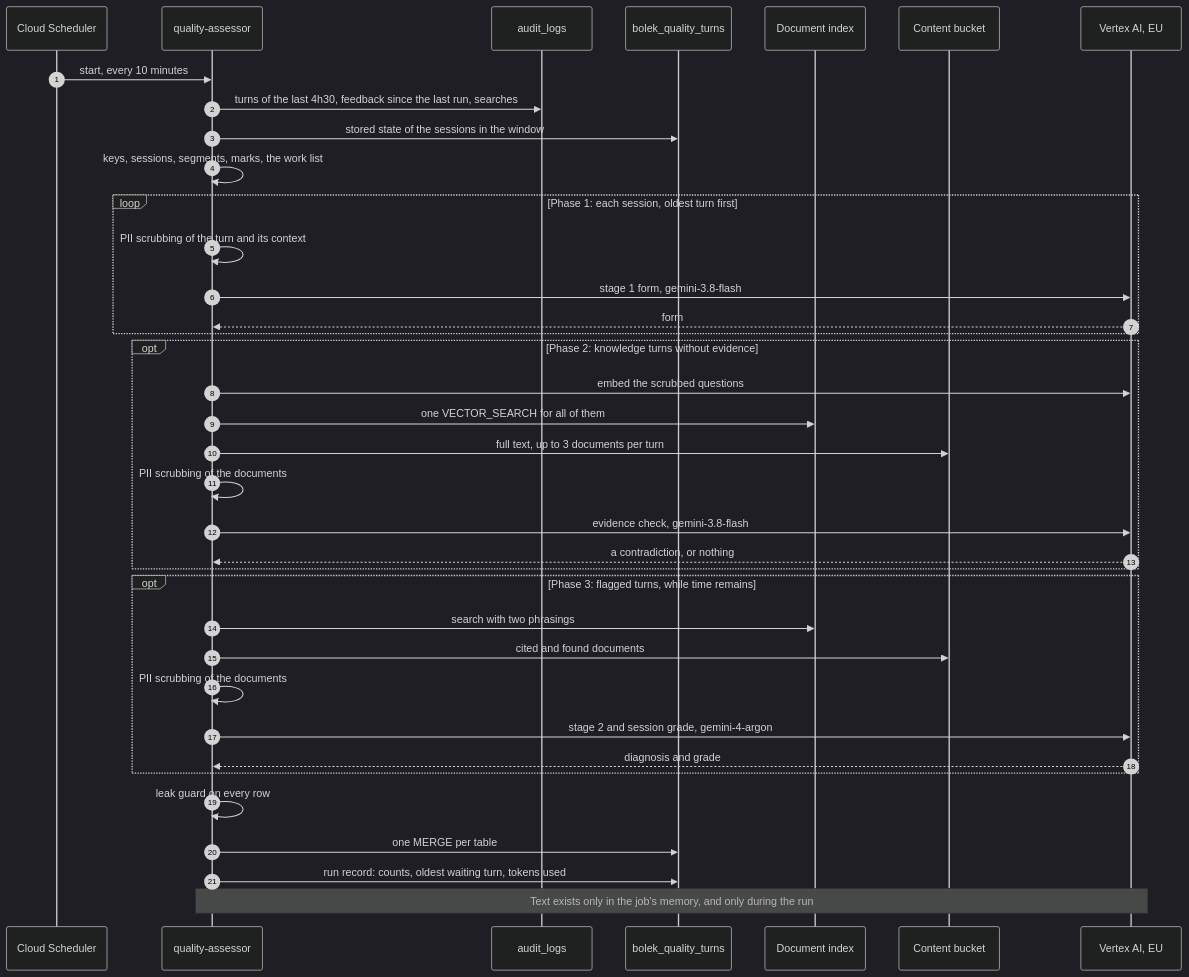
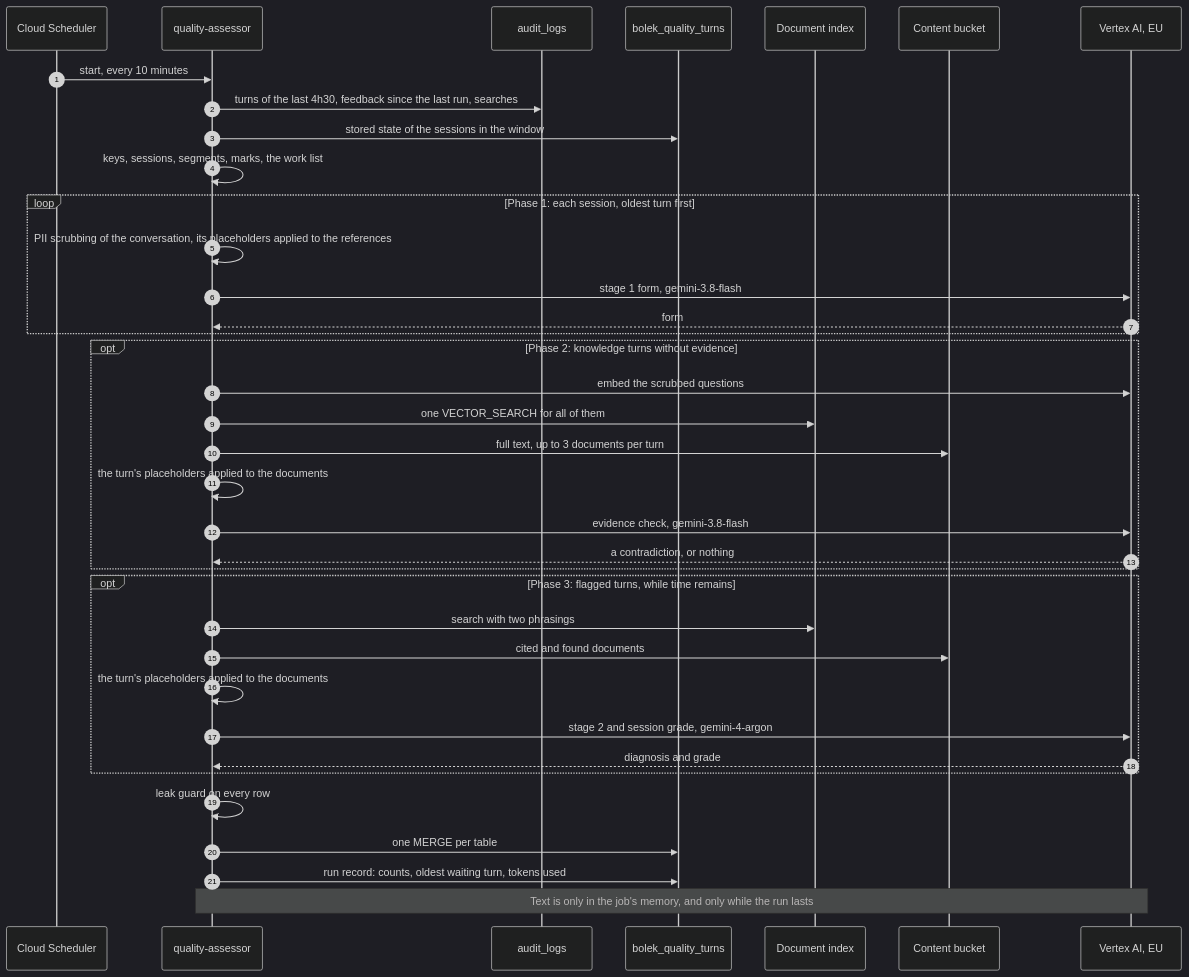
Before and after one commit to pborkowski-rtbh/conversation-analyzer: diagram 15 of 21 in design-doc.md, drawn with Mermaid (dark theme). The commit also changed other lines of this file, not shown here.

````diff
--- a/design-doc.md
+++ b/design-doc.md
@@ -1313,39 +1324,39 @@
 ```mermaid
 sequenceDiagram
     autonumber
     participant SCH as Cloud Scheduler
     participant A as quality-assessor
     participant LOG as audit_logs
     participant T as bolek_quality_turns
     participant IDX as Document index
     participant GCS as Content bucket
     participant V as Vertex AI, EU
     SCH->>A: start, every 10 minutes
     A->>LOG: turns of the last 4h30, feedback since the last run, searches
     A->>T: stored state of the sessions in the window
     A->>A: keys, sessions, segments, marks, the work list
     loop Phase 1: each session, oldest turn first
-        A->>A: PII scrubbing of the turn and its context
+        A->>A: PII scrubbing of the conversation, its placeholders applied to the references
         A->>V: stage 1 form, gemini-3.8-flash
         V-->>A: form
     end
     opt Phase 2: knowledge turns without evidence
         A->>V: embed the scrubbed questions
         A->>IDX: one VECTOR_SEARCH for all of them
         A->>GCS: full text, up to 3 documents per turn
-        A->>A: PII scrubbing of the documents
+        A->>A: the turn's placeholders applied to the documents
         A->>V: evidence check, gemini-3.8-flash
         V-->>A: a contradiction, or nothing
     end
     opt Phase 3: flagged turns, while time remains
         A->>IDX: search with two phrasings
         A->>GCS: cited and found documents
-        A->>A: PII scrubbing of the documents
+        A->>A: the turn's placeholders applied to the documents
         A->>V: stage 2 and session grade, gemini-4-argon
         V-->>A: diagnosis and grade
     end
     A->>A: leak guard on every row
     A->>T: one MERGE per table
     A->>T: run record: counts, oldest waiting turn, tokens used
-    Note over A,V: Text exists only in the job's memory, and only during the run
+    Note over A,V: Text is only in the job's memory, and only while the run lasts
 ```
````
